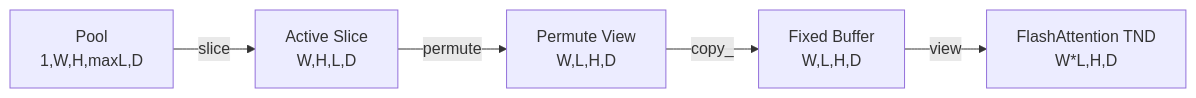
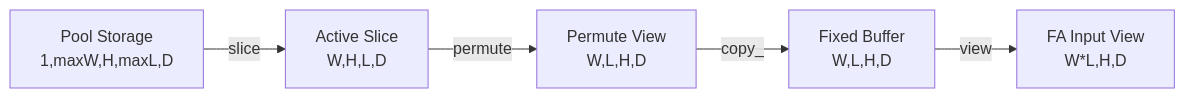
Before and after one commit to ZhiYunpenghuawei/p1: the fifth of 7 diagrams in [Task 2] 增量解码 Attention 计算路径.md, drawn with Mermaid. The commit also changed other lines of this file, not shown here.

Commit message:
Update [Task 2] 增量解码 Attention 计算路径.md

````diff
--- a/[Task 2] 增量解码 Attention 计算路径.md
+++ b/[Task 2] 增量解码 Attention 计算路径.md
@@ -416,10 +317,10 @@
 ```mermaid
 flowchart LR
-    POOL[Pool<br/>1,W,H,maxL,D]
+    POOL[Pool Storage<br/>1,maxW,H,maxL,D]
     ACTIVE[Active Slice<br/>W,H,L,D]
-    VIEW[Permute View<br/>W,L,H,D]
+    PERMUTE[Permute View<br/>W,L,H,D]
     BUFFER[Fixed Buffer<br/>W,L,H,D]
-    TND[FlashAttention TND<br/>W*L,H,D]
+    TND[FA Input View<br/>W*L,H,D]
 
-    POOL -->|slice| ACTIVE -->|permute| VIEW -->|copy_| BUFFER -->|view| TND
+    POOL -->|slice| ACTIVE -->|permute| PERMUTE -->|copy_| BUFFER -->|view| TND
 ```
````
